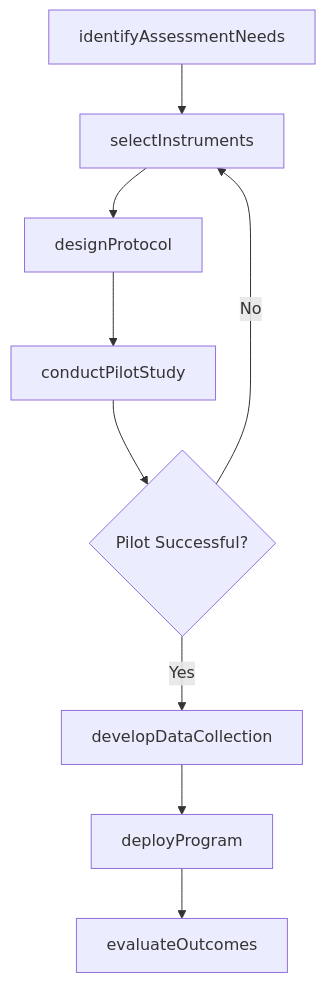
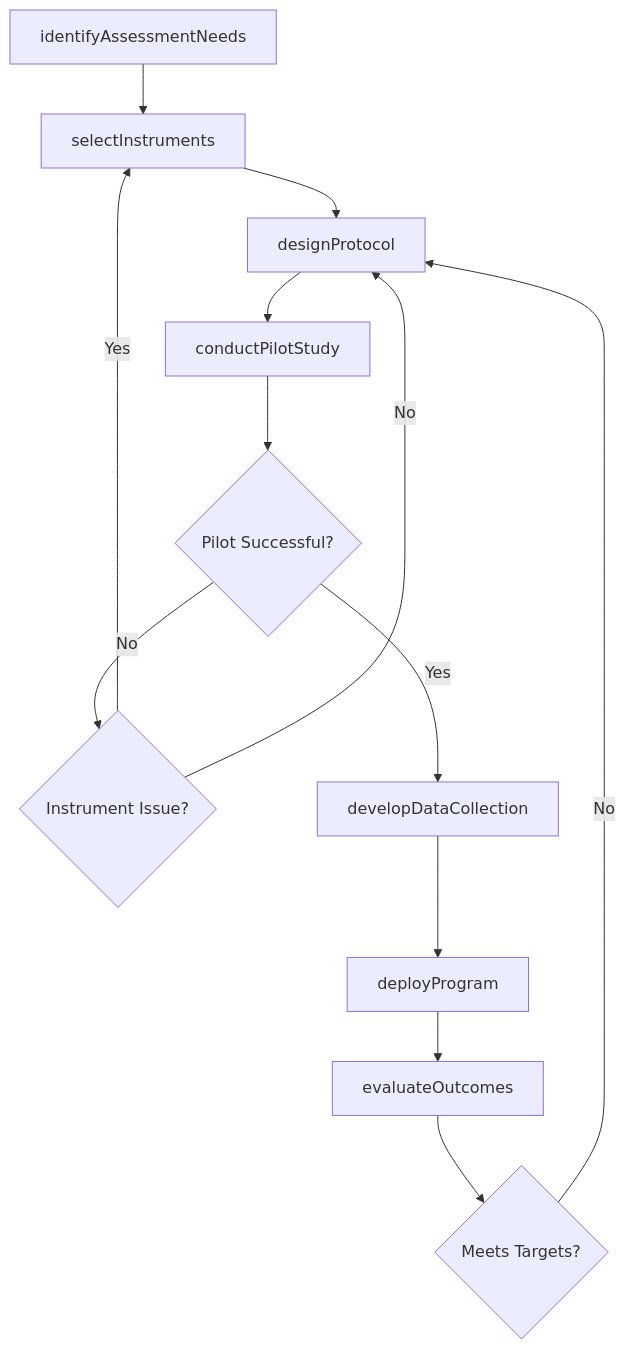
The third of 4 diagrams in ThinkingCreatively/DevelopHealthAssessmentMethodsOrPrograms/DevelopHealthAssessmentMethodsPrograms.mdx (dot-org-ai/tasks.org.ai), drawn with Mermaid before and after one commit. The commit also changed other lines of this file and 504 other files, not shown here.

First line of the commit message:
feat: Add ER diagrams, state diagrams, and workflow improvements to 96 DWA task files

````diff
--- a/ThinkingCreatively/DevelopHealthAssessmentMethodsOrPrograms/DevelopHealthAssessmentMethodsPrograms.mdx
+++ b/ThinkingCreatively/DevelopHealthAssessmentMethodsOrPrograms/DevelopHealthAssessmentMethodsPrograms.mdx
@@ -89,11 +119,15 @@
 ```mermaid
 graph TD
     A[identifyAssessmentNeeds] --> B[selectInstruments]
     B --> C[designProtocol]
     C --> D[conductPilotStudy]
     D --> E{Pilot Successful?}
-    E -->|No| B
-    E -->|Yes| F[developDataCollection]
-    F --> G[deployProgram]
-    G --> H[evaluateOutcomes]
+    E -->|No| F{Instrument Issue?}
+    F -->|Yes| B
+    F -->|No| C
+    E -->|Yes| G[developDataCollection]
+    G --> H[deployProgram]
+    H --> I[evaluateOutcomes]
+    I --> J{Meets Targets?}
+    J -->|No| C
 ```
````
